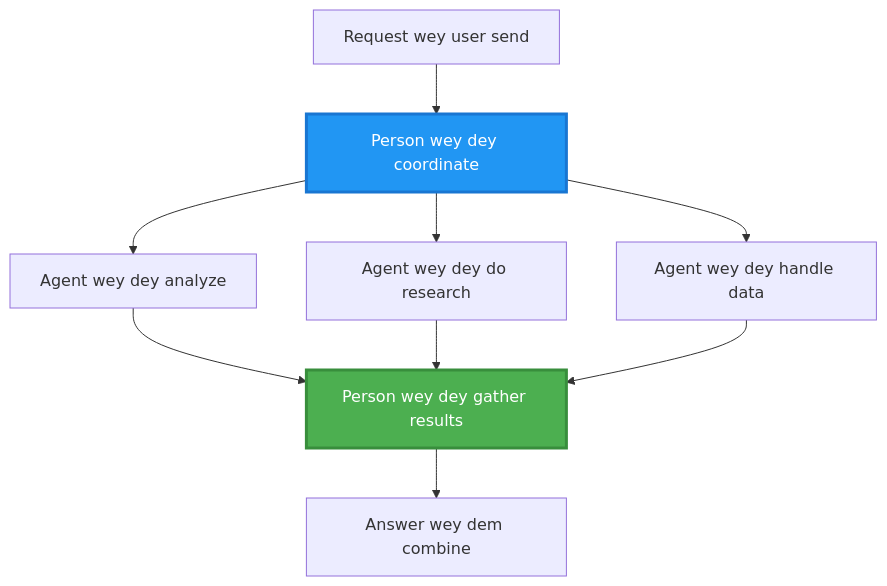
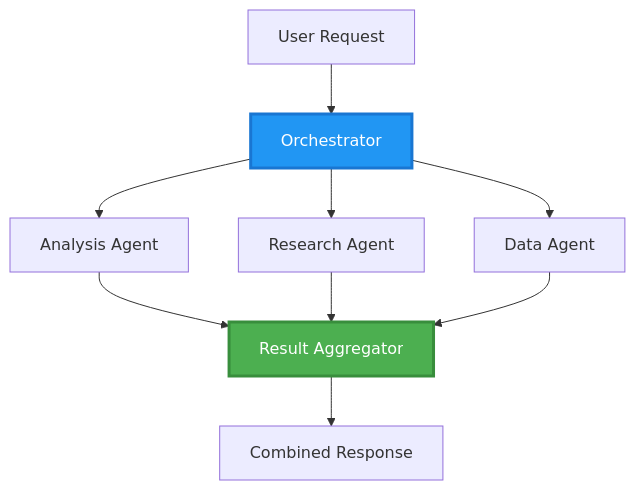
Before and after one commit to microsoft/AZD-for-beginners: the third of 7 diagrams in translations/pcm/docs/chapter-06-pre-deployment/coordination-patterns.md, drawn with Mermaid. The commit also changed other lines of this file and 135 other files, not shown here.

````diff
--- a/translations/pcm/docs/chapter-06-pre-deployment/coordination-patterns.md
+++ b/translations/pcm/docs/chapter-06-pre-deployment/coordination-patterns.md
@@ -100,22 +102,22 @@
 ```mermaid
 graph TB
-    User[Request wey user send]
-    Orchestrator[Person wey dey coordinate]
-    Agent1[Agent wey dey analyze]
-    Agent2[Agent wey dey do research]
-    Agent3[Agent wey dey handle data]
-    Aggregator[Person wey dey gather results]
-    Response[Answer wey dem combine]
+    User[User Request]
+    Orchestrator[Orchestrator]
+    Agent1[Analysis Agent]
+    Agent2[Research Agent]
+    Agent3[Data Agent]
+    Aggregator[Result Aggregator]
+    Response[Combined Response]
     
     User --> Orchestrator
     Orchestrator --> Agent1
     Orchestrator --> Agent2
     Orchestrator --> Agent3
     Agent1 --> Aggregator
     Agent2 --> Aggregator
     Agent3 --> Aggregator
     Aggregator --> Response
     
     style Orchestrator fill:#2196F3,stroke:#1976D2,stroke-width:3px,color:#fff
     style Aggregator fill:#4CAF50,stroke:#388E3C,stroke-width:3px,color:#fff
 ```
````
